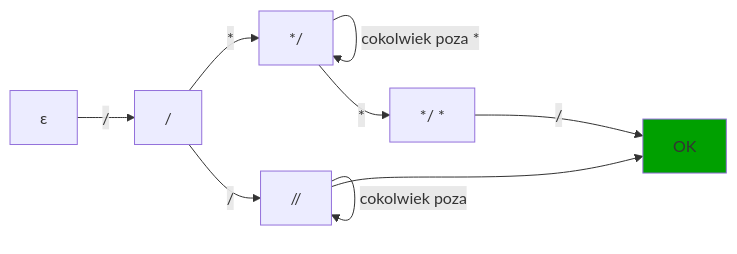
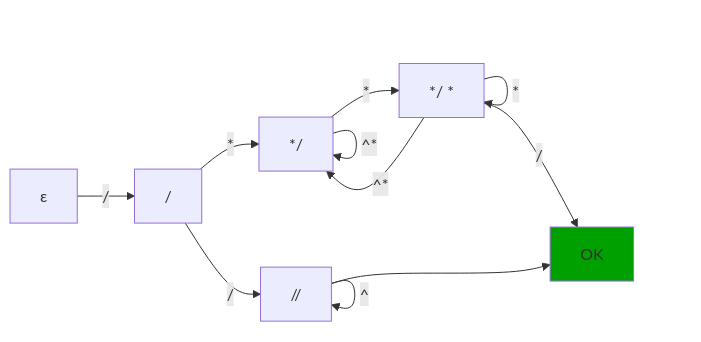
Before and after one commit to zbigos/KOMPI2020: the first of 7 diagrams in cwiczenia1.md, drawn with Mermaid. The commit also changed 1 other file, not shown here.

````diff
--- a/cwiczenia1.md
+++ b/cwiczenia1.md
@@ -5,15 +5,21 @@
 ```mermaid
 graph LR;
     A[ε]-->|/|/;
     /-->|*|C((/*));
-    C((/*))-->|cokolwiek poza *|C((/*));
+    C((/*))-->|^*|C((/*));
     
     /-->|/|D[\/\/];
-    D[\/\/]-->|cokolwiek poza \n|D((/));
+    D[\/\/]-->|^\n|D((/));
 
     D[ // ]-->|\n|E[OK];
     C[*/ <rzeczy> ]-->|*|F[*];
+    
+    F[*/ <rzeczy> ]-->|*|F;
+
+    F[*/ <rzeczy> ]-->|^*|C;
+
+
     F[*/ <rzeczy> *]-->|/|E[OK];
 
 style E fill:#00a000
 ```
````
